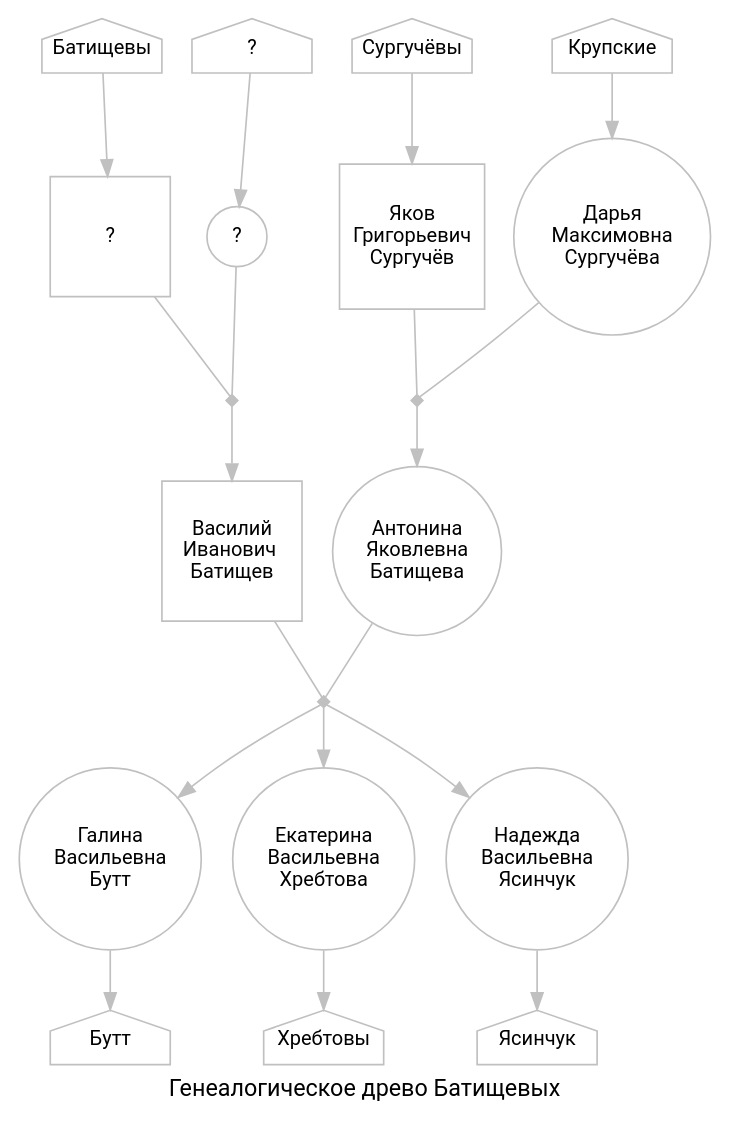
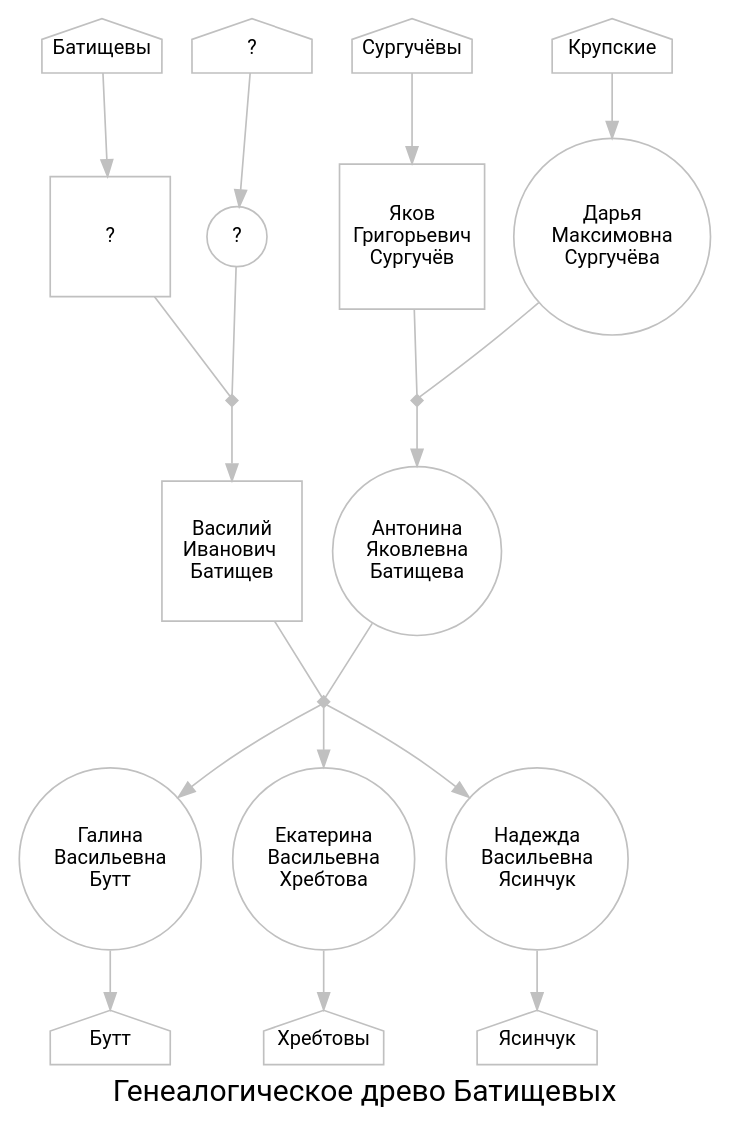
Before and after one commit to EryxSpp/VM: the diagram in Батищевы/index.qmd, drawn with Graphviz. The commit also changed 1 other file, not shown here.

Commit message:
Dot editing

````diff
--- a/Батищевы/index.qmd
+++ b/Батищевы/index.qmd
@@ -11,53 +11,53 @@
 ```{dot}
 digraph Батищевы {
 fontname="Roboto,Helvetica,Arial,sans-serif"
+fontsize=18.0
 node [fontname="Roboto,Helvetica,Arial,sans-serif", fontsize=12, color=silver]
 edge [fontname="Roboto,Helvetica,Arial,sans-serif", fontsize=12, color=silver]
 
 # page = "8.2677165,11.692913" ;
 #
 mincross = 2.0 ;
 mclimit = 2.0; 
 label = "Генеалогическое древо Батищевых" ;
-labeldistance = 0
-imagesale = true
+imagescale = true;
 
 TPA[shape=house, fixedsize=true, regular=0,style=filled,fillcolor=white,label="Батищевы", width=1];
 PA[shape=box, regular=1,style=filled,fillcolor=white,label="?", width=1];
 TPA -> PA;
 TMA[shape=house, fixedsize=true, regular=0,style=filled,fillcolor=white,label="?", width=1];
 MA[shape=circle, regular=1,style=filled,fillcolor=white,label="?"];
 TMA -> MA;
 XA [shape=diamond,style=filled,label="",height=.1,width=.1] ;
 A [shape=box, regular=1,style=filled,fillcolor=white,label=" Василий \n  Иванович  \n Батищев ", width=1, URL="//Батищевы/Василий_Иванович/index.qmd"];
 PA -> XA[dir=none,weight=1];
 MA -> XA[dir=none,weight=1];
 XA -> A[weight=1];
 TPB[shape=house, fixedsize=true, regular=0,style=filled,fillcolor=white,label="Сургучёвы", width=1];
 TPB -> PB;
 PB[shape=box, regular=1,style=filled,fillcolor=white,label="Яков\nГригорьевич\nСургучёв", width=1];
 TMB[shape=house, fixedsize=true, regular=0,style=filled,fillcolor=white,label="Крупские", width=1];
 MB[shape=circle, regular=1,style=filled,fillcolor=white,label="Дарья\nМаксимовна\nСургучёва", width=1];
 TMB -> MB;
 XB [shape=diamond,style=filled,label="",height=.1,width=.1] ;
 B [shape=circle, regular=1,style=filled,fillcolor=white,label="Антонина\nЯковлевна\nБатищева", width=1] ;
 PB -> XB[dir=none,weight=1];
 MB -> XB[dir=none,weight=1];
 XB -> B[weight=1];
 XC [shape=diamond,style=filled,label="",height=.1,width=.1] ;
 A -> XC[dir=none,weight=1];
 B -> XC[dir=none,weight=1];
 C1 [shape=circle, regular=1,style=filled,fillcolor=white,label="Галина\nВасильевна\nБутт", width=1] ;
 C2 [shape=circle, regular=1,style=filled,fillcolor=white,label="Екатерина\nВасильевна\nХребтова", width=1] ;
 C3 [shape=circle, regular=1,style=filled,fillcolor=white,label="Надежда\nВасильевна\nЯсинчук", width=1] ;
 XC -> C1;
 XC -> C2;
 XC -> C3;
 TC1[shape=house, fixedsize=true, regular=0,style=filled,fillcolor=white,label="Бутт", width=1];
 C1 ->TC1;
 TC2[shape=house, fixedsize=true, regular=0,style=filled,fillcolor=white,label="Хребтовы", width=1];
 C2 ->TC2;
 TC3[shape=house, fixedsize=true, regular=0,style=filled,fillcolor=white,label="Ясинчук", width=1];
 C3 ->TC3;
 }
 ```
````
